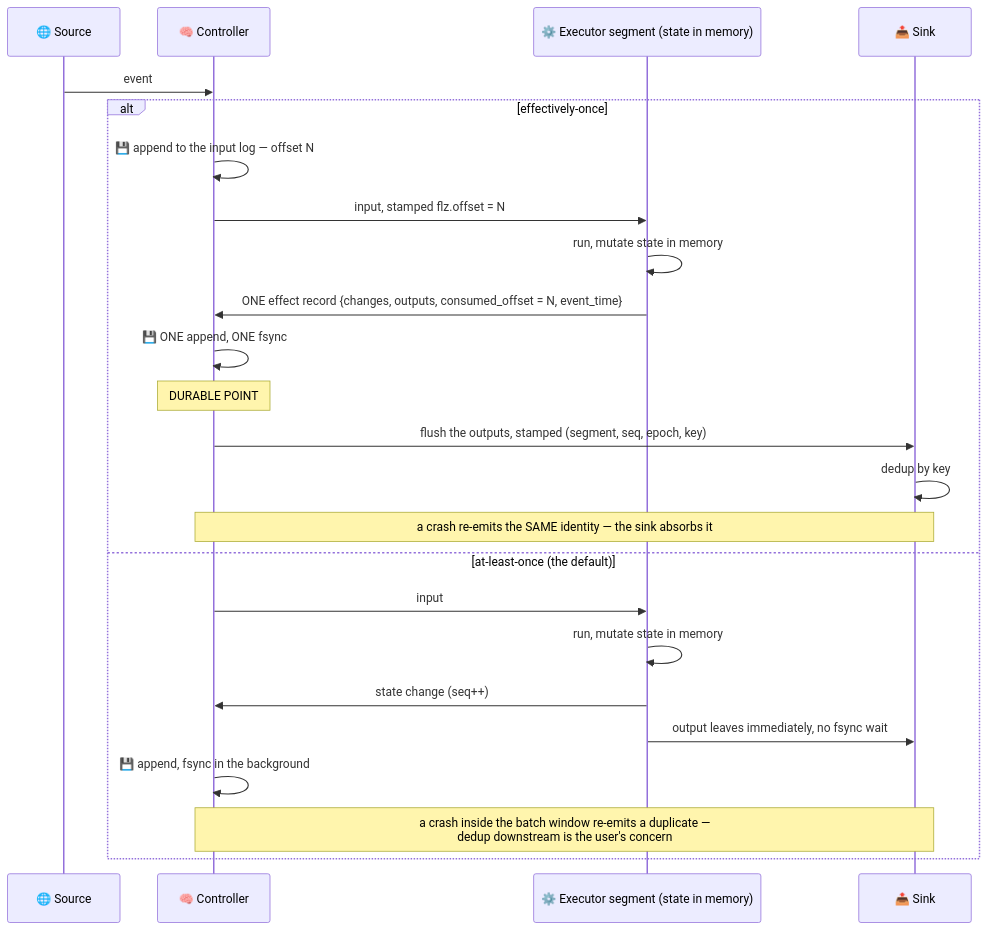
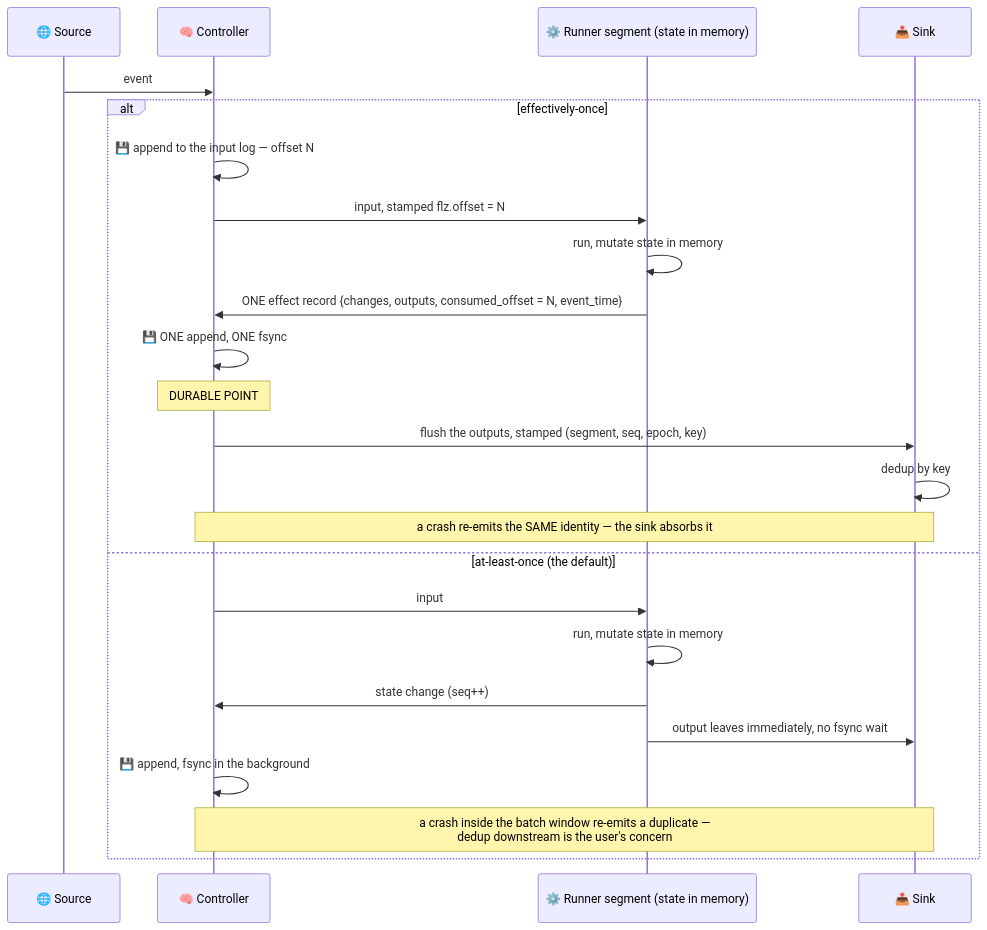
One commit to Flezha/flezha changed the first of 5 diagrams in docs/architecture/unbounded_profile.md. Above: the diagram before and after it, drawn with Mermaid. The commit also changed other lines of this file and 535 other files, not shown here.

````diff
--- a/docs/architecture/unbounded_profile.md
+++ b/docs/architecture/unbounded_profile.md
@@ -23,27 +23,27 @@
 ```mermaid
 sequenceDiagram
     participant SRC as 🌐 Source
     participant CTRL as 🧠 Controller
-    participant EX as ⚙️ Executor segment (state in memory)
+    participant EX as ⚙️ Runner segment (state in memory)
     participant SINK as 📤 Sink
 
     SRC->>CTRL: event
     alt effectively-once
         CTRL->>CTRL: 💾 append to the input log — offset N
         CTRL->>EX: input, stamped flz.offset = N
         EX->>EX: run, mutate state in memory
         EX->>CTRL: ONE effect record {changes, outputs, consumed_offset = N, event_time}
         CTRL->>CTRL: 💾 ONE append, ONE fsync
         Note over CTRL: DURABLE POINT
         CTRL->>SINK: flush the outputs, stamped (segment, seq, epoch, key)
         SINK->>SINK: dedup by key
         Note over CTRL,SINK: a crash re-emits the SAME identity — the sink absorbs it
     else at-least-once (the default)
         CTRL->>EX: input
         EX->>EX: run, mutate state in memory
         EX->>CTRL: state change (seq++)
         EX->>SINK: output leaves immediately, no fsync wait
         CTRL->>CTRL: 💾 append, fsync in the background
         Note over CTRL,SINK: a crash inside the batch window re-emits a duplicate —<br/>dedup downstream is the user's concern
     end
 ```
````
